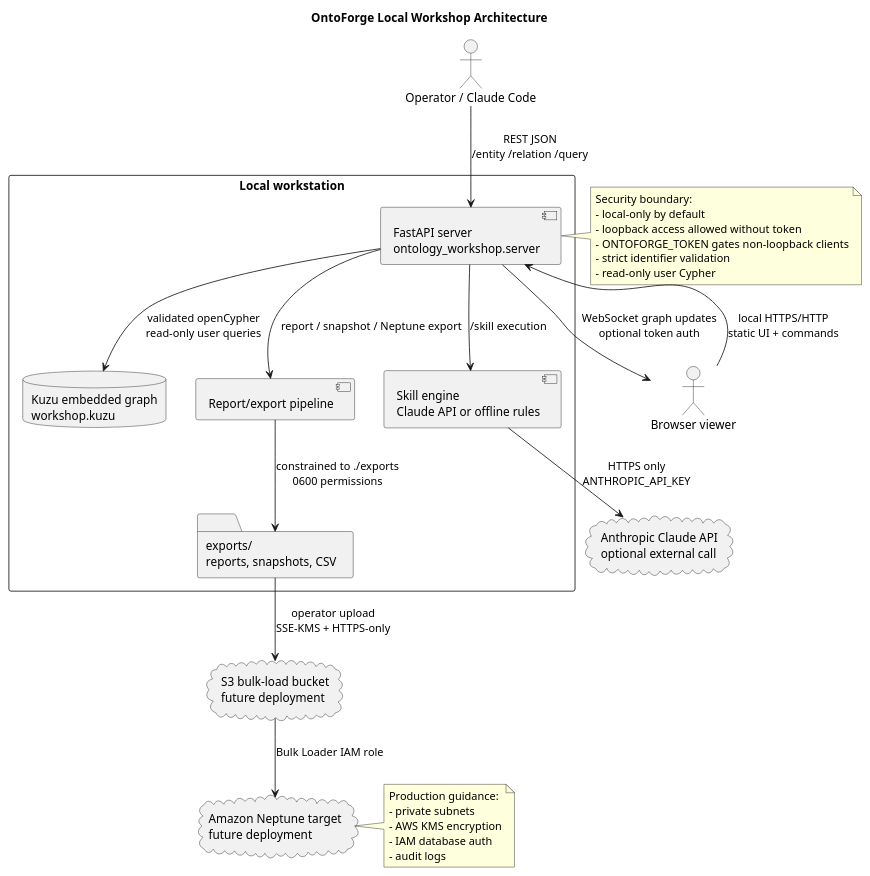
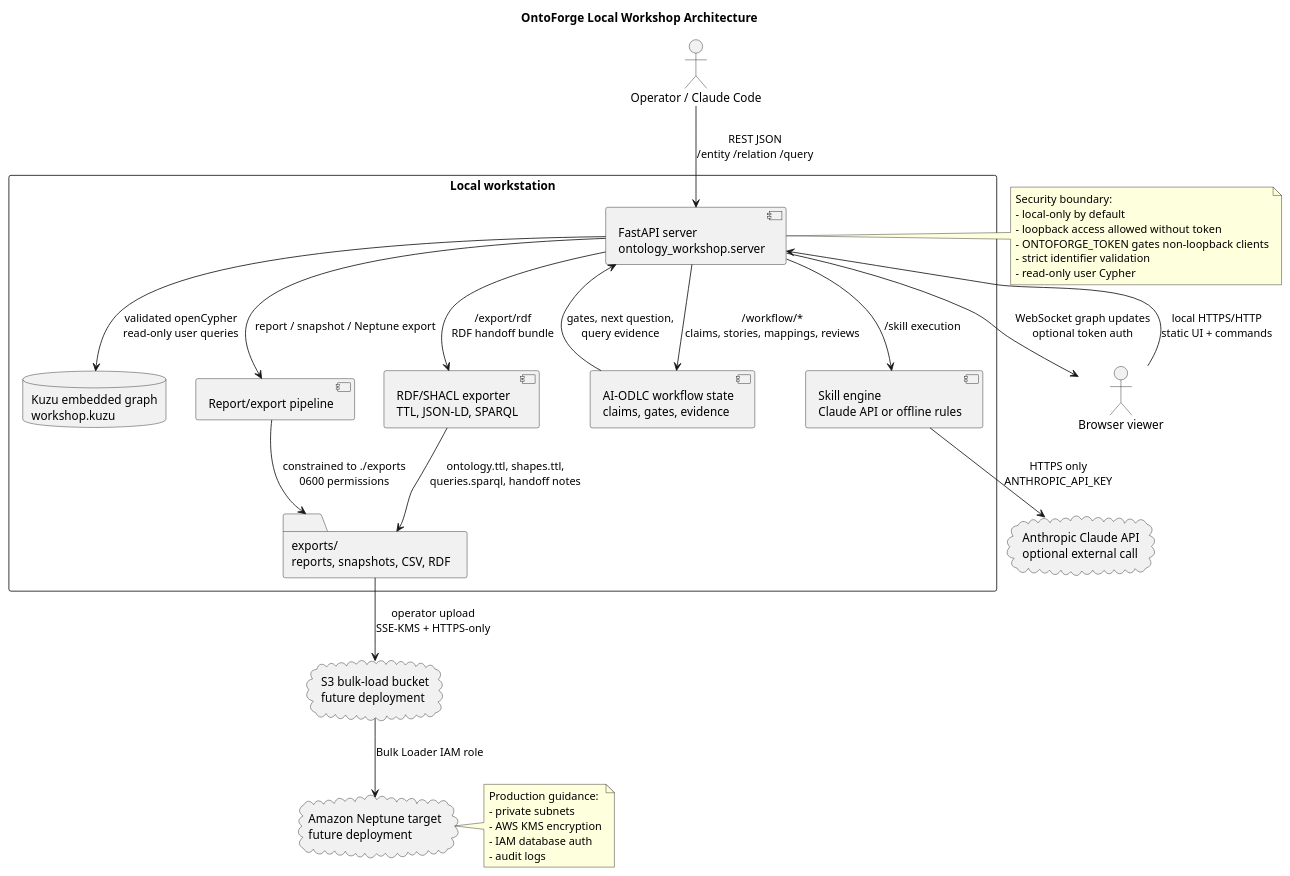
One commit to aws-samples/sample-ontology-discovery-workshop changed the diagram in docs/architecture.puml. Above: the diagram before and after it, drawn with PlantUML. The commit also changed 7 other files, not shown here.

Commit message:
Update docs for AI-ODLC v2 workflow

```diff
--- a/docs/architecture.puml
+++ b/docs/architecture.puml
@@ -1,44 +1,50 @@
 @startuml
 title OntoForge Local Workshop Architecture
 
 actor "Operator / Claude Code" as Operator
 actor "Browser viewer" as Browser
 rectangle "Local workstation" {
   component "FastAPI server\nontology_workshop.server" as API
   database "Kuzu embedded graph\nworkshop.kuzu" as Kuzu
   component "Skill engine\nClaude API or offline rules" as Skills
+  component "AI-ODLC workflow state\nclaims, gates, evidence" as Workflow
   component "Report/export pipeline" as Export
-  folder "exports/\nreports, snapshots, CSV" as Files
+  component "RDF/SHACL exporter\nTTL, JSON-LD, SPARQL" as RDF
+  folder "exports/\nreports, snapshots, CSV, RDF" as Files
 }
 cloud "Anthropic Claude API\noptional external call" as Claude
 cloud "Amazon Neptune target\nfuture deployment" as Neptune
 cloud "S3 bulk-load bucket\nfuture deployment" as S3
 
 Operator --> API : REST JSON\n/entity /relation /query
 API --> Kuzu : validated openCypher\nread-only user queries
 API --> Browser : WebSocket graph updates\noptional token auth
 Browser --> API : local HTTPS/HTTP\nstatic UI + commands
 API --> Skills : /skill execution
+API --> Workflow : /workflow/*\nclaims, stories, mappings, reviews
+Workflow --> API : gates, next question,\nquery evidence
 Skills --> Claude : HTTPS only\nANTHROPIC_API_KEY
 API --> Export : report / snapshot / Neptune export
+API --> RDF : /export/rdf\nRDF handoff bundle
 Export --> Files : constrained to ./exports\n0600 permissions
+RDF --> Files : ontology.ttl, shapes.ttl,\nqueries.sparql, handoff notes
 Files --> S3 : operator upload\nSSE-KMS + HTTPS-only
 S3 --> Neptune : Bulk Loader IAM role
 
 note right of API
 Security boundary:
 - local-only by default
 - loopback access allowed without token
 - ONTOFORGE_TOKEN gates non-loopback clients
 - strict identifier validation
 - read-only user Cypher
 end note
 
 note right of Neptune
 Production guidance:
 - private subnets
 - AWS KMS encryption
 - IAM database auth
 - audit logs
 end note
 @enduml
```
